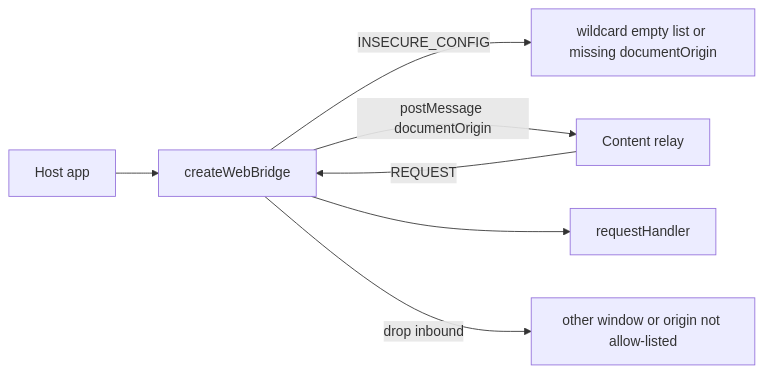
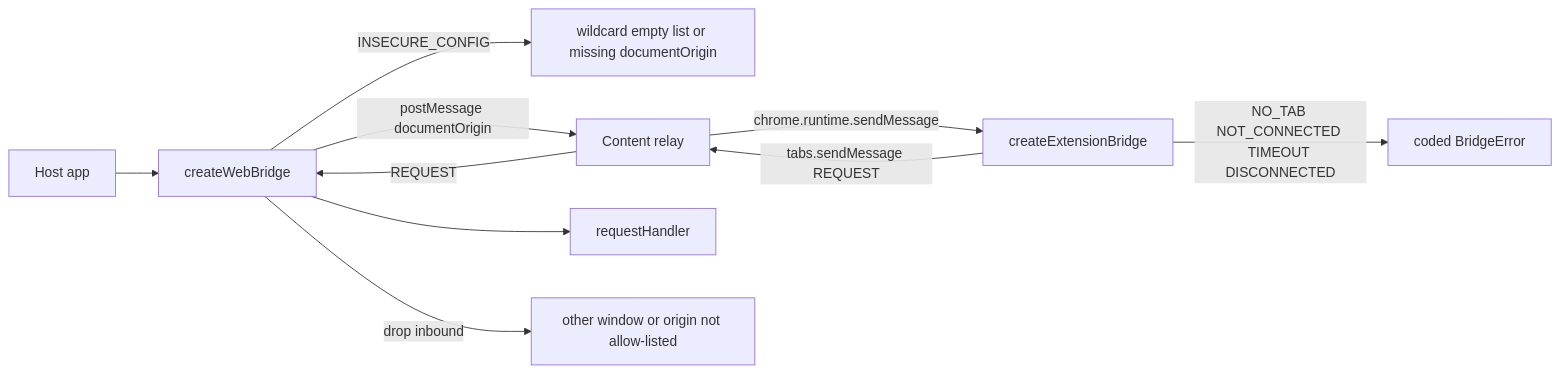
Before and after one commit to webex/webex-js-sdk: the first of 3 diagrams in packages/@webex/web-extension-bridge/src/web/docs/README.md, drawn with Mermaid. The commit also changed other lines of this file and 8 other files, not shown here.

First line of the commit message:
docs(web-extension-bridge): set A5 approver and complete web flow diagram (SPARK-853132)

````diff
--- a/packages/@webex/web-extension-bridge/src/web/docs/README.md
+++ b/packages/@webex/web-extension-bridge/src/web/docs/README.md
@@ -130,9 +130,12 @@
 ```mermaid
 flowchart LR
   App[Host app] --> Bridge[createWebBridge]
   Bridge -->|INSECURE_CONFIG| CfgFail[wildcard empty list or missing documentOrigin]
   Bridge -->|postMessage documentOrigin| Relay[Content relay]
+  Relay -->|chrome.runtime.sendMessage| Worker[createExtensionBridge]
+  Worker -->|tabs.sendMessage REQUEST| Relay
   Relay -->|REQUEST| Bridge
   Bridge --> Handler[requestHandler]
   Bridge -->|drop inbound| Drop[other window or origin not allow-listed]
+  Worker -->|NO_TAB NOT_CONNECTED TIMEOUT DISCONNECTED| WorkerErr[coded BridgeError]
 ```
````
